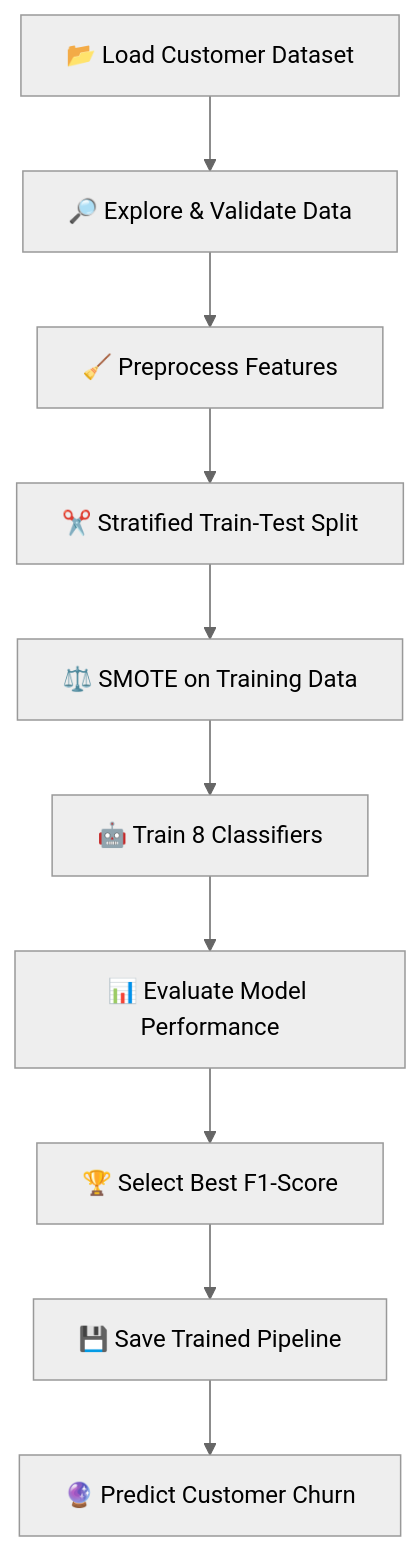
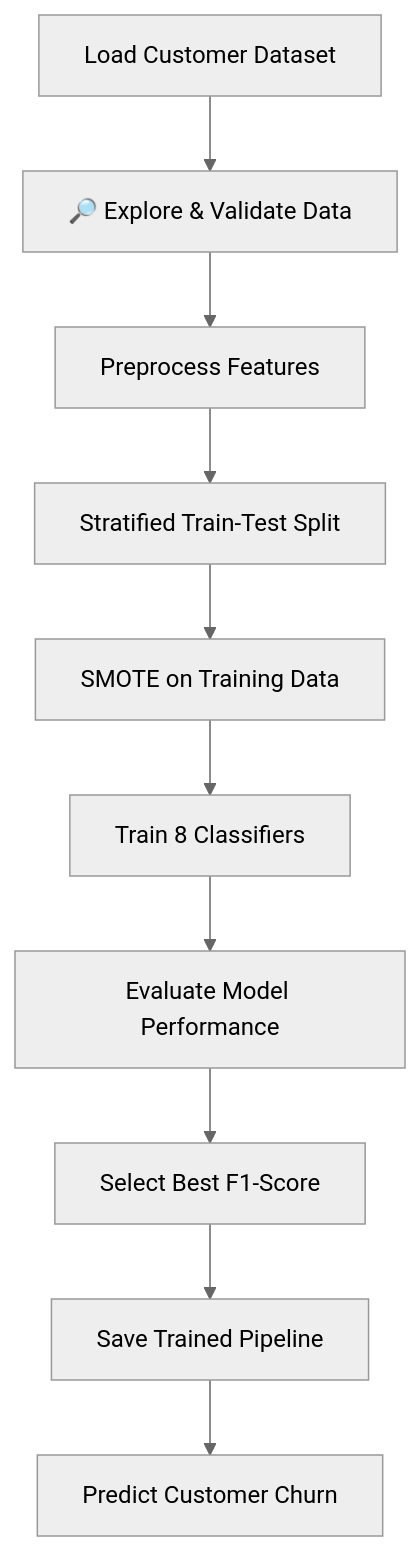
The diagram in README.md (vismayab21/customer-churn-prediction), drawn with Mermaid (neutral theme) before and after one commit. The commit also changed other lines of this file, not shown here.

````diff
--- a/README.md
+++ b/README.md
@@ -148,12 +148,12 @@
 ```mermaid
 flowchart TD
-    A["📂 Load Customer Dataset"] --> B["🔎 Explore & Validate Data"]
-    B --> C["🧹 Preprocess Features"]
-    C --> D["✂️ Stratified Train-Test Split"]
-    D --> E["⚖️ SMOTE on Training Data"]
-    E --> F["🤖 Train 8 Classifiers"]
-    F --> G["📊 Evaluate Model Performance"]
-    G --> H["🏆 Select Best F1-Score"]
-    H --> I["💾 Save Trained Pipeline"]
-    I --> J["🔮 Predict Customer Churn"]
+    A[" Load Customer Dataset"] --> B["🔎 Explore & Validate Data"]
+    B --> C[" Preprocess Features"]
+    C --> D[" Stratified Train-Test Split"]
+    D --> E[" SMOTE on Training Data"]
+    E --> F[" Train 8 Classifiers"]
+    F --> G[" Evaluate Model Performance"]
+    G --> H[" Select Best F1-Score"]
+    H --> I[" Save Trained Pipeline"]
+    I --> J[" Predict Customer Churn"]
 ```
````
